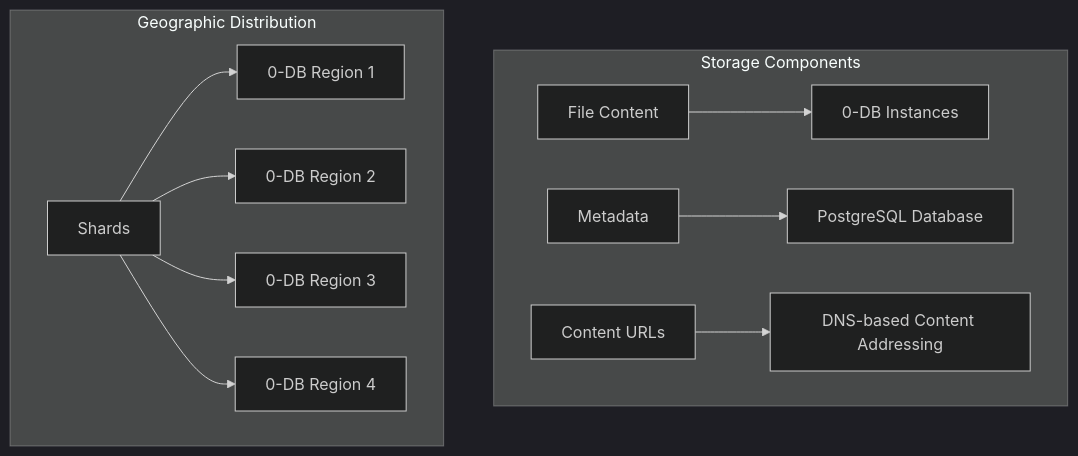
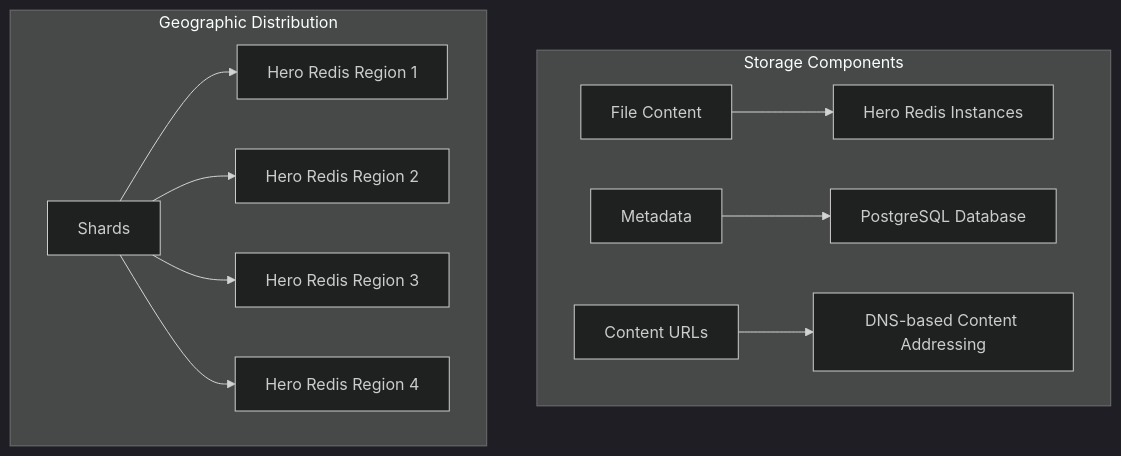
The sixth of 8 diagrams in docs/metadata-technical-spec.md (threefoldtech/mycelium-cdn-registry), drawn with Mermaid (dark theme) before and after one commit. The commit also changed other lines of this file and 14 other files, not shown here.

Commit message:
Change 0-db implementation to hero_redis

````diff
--- a/docs/metadata-technical-spec.md
+++ b/docs/metadata-technical-spec.md
@@ -228,15 +228,15 @@
 ```mermaid
 flowchart TD
     subgraph "Storage Components"
-        A[File Content] --> B[0-DB Instances]
+        A[File Content] --> B[Hero Redis Instances]
         C[Metadata] --> D[PostgreSQL Database]
         E[Content URLs] --> F[DNS-based Content Addressing]
     end
     
     subgraph "Geographic Distribution"
-        G[Shards] --> H[0-DB Region 1]
-        G --> I[0-DB Region 2]
-        G --> J[0-DB Region 3]
-        G --> K[0-DB Region 4]
+        G[Shards] --> H[Hero Redis Region 1]
+        G --> I[Hero Redis Region 2]
+        G --> J[Hero Redis Region 3]
+        G --> K[Hero Redis Region 4]
     end
 ```
````
